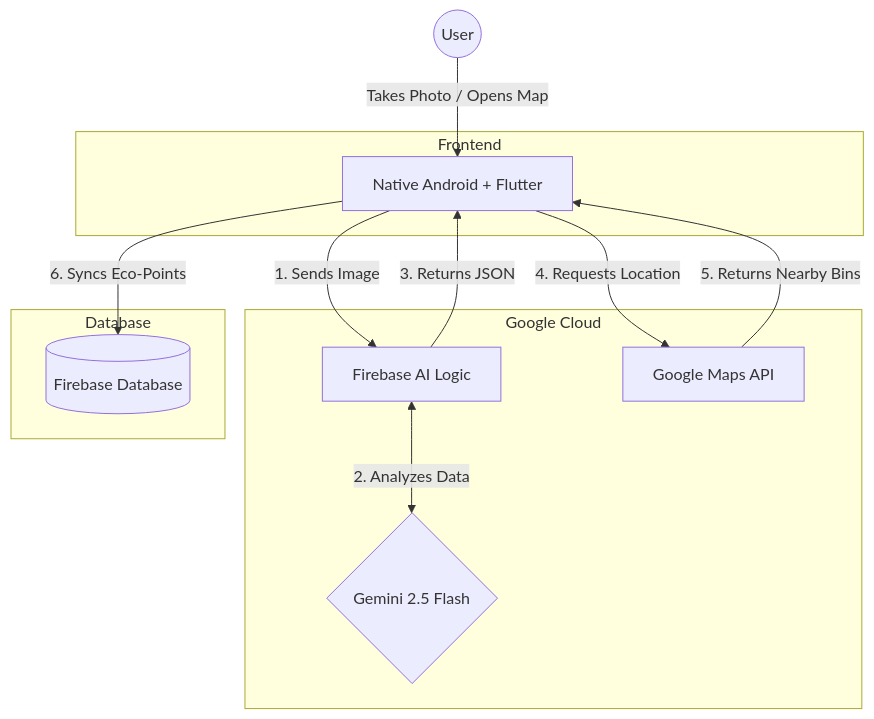
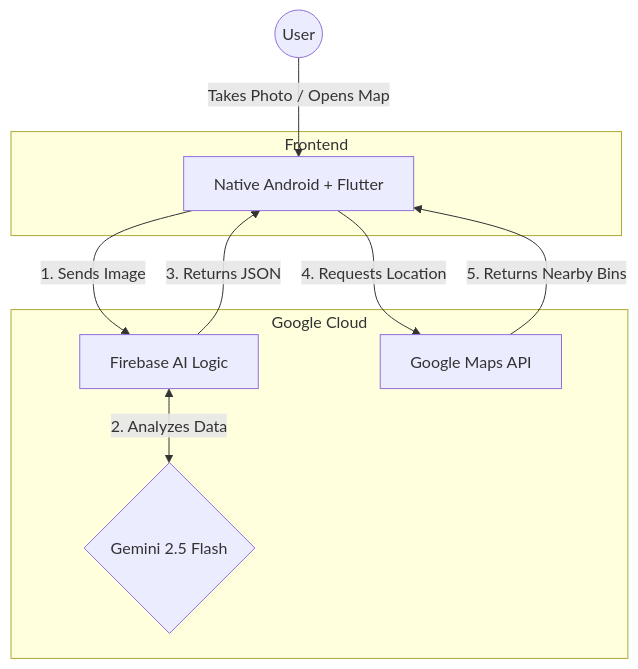
Before and after one commit to ngweiru/banana-2026: the diagram in README.md, drawn with Mermaid.

````diff
--- a/README.md
+++ b/README.md
@@ -37,21 +37,19 @@
 ```mermaid
 graph TD
     User((User)) -->|Takes Photo / Opens Map| App
     
     subgraph Frontend
         App[Native Android + Flutter]
     end
 
     subgraph Google Cloud
         App -->|1. Sends Image| FirebaseAI[Firebase AI Logic]
         FirebaseAI <-->|2. Analyzes Data| Gemini{Gemini 2.5 Flash}
         FirebaseAI -->|3. Returns JSON| App
         
         App -->|4. Requests Location| Maps[Google Maps API]
         Maps -->|5. Returns Nearby Bins| App
     end
     
-    subgraph Database
-        App -->|6. Syncs Eco-Points| DB[(Firebase Database)]
-    end
+    
 ```
````
